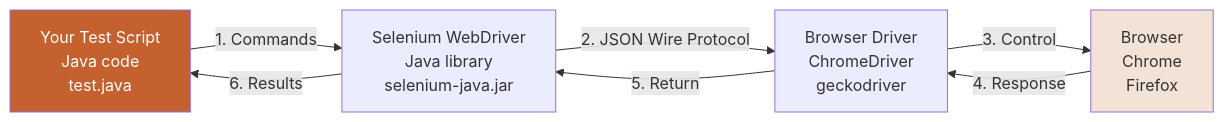
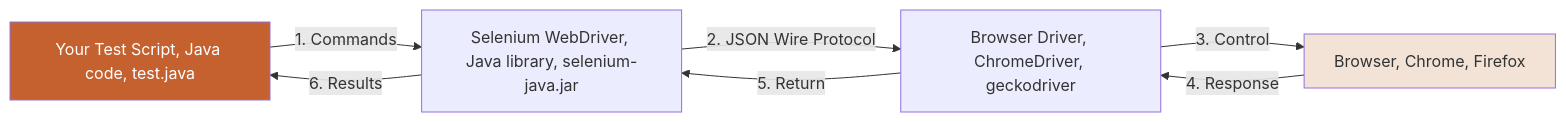
The tenth of 11 diagrams in 01-automation-testing-fundamentals.md (namnd0806/automation-testing-cource), drawn with Mermaid before and after one commit. The commit also changed other lines of this file and 4 other files, not shown here.

First line of the commit message:
Fix: Sửa tất cả sơ đồ Mermaid lỗi format

````diff
--- a/01-automation-testing-fundamentals.md
+++ b/01-automation-testing-fundamentals.md
@@ -594,20 +594,20 @@
 ```mermaid
 graph LR
-    A[Your Test Script<br/>Java code<br/>test.java]
+    A[Your Test Script, Java code, test.java]
     
-    B[Selenium WebDriver<br/>Java library<br/>selenium-java.jar]
+    B[Selenium WebDriver, Java library, selenium-java.jar]
     
-    C[Browser Driver<br/>ChromeDriver<br/>geckodriver]
+    C[Browser Driver, ChromeDriver, geckodriver]
     
-    D[Browser<br/>Chrome<br/>Firefox]
+    D[Browser, Chrome, Firefox]
     
     A -->|1. Commands| B
     B -->|2. JSON Wire Protocol| C
     C -->|3. Control| D
     D -->|4. Response| C
     C -->|5. Return| B
     B -->|6. Results| A
     
     style A fill:#C4612F,color:#fff
     style D fill:#F2E3D6
 ```
````
